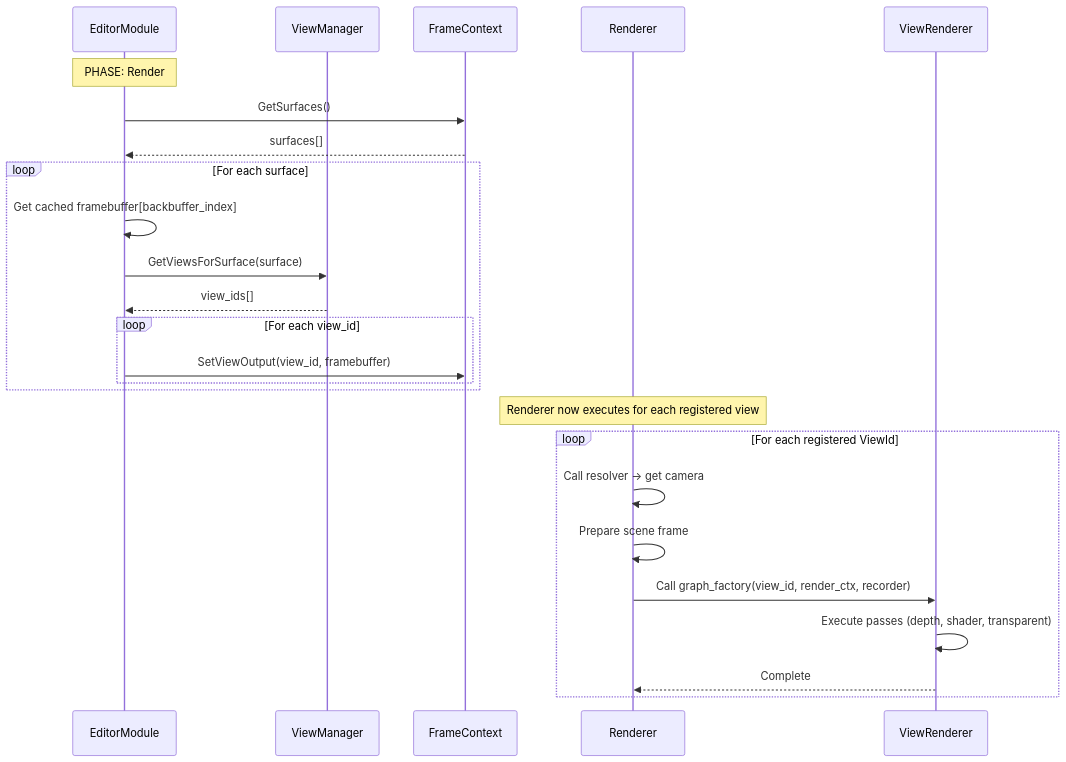
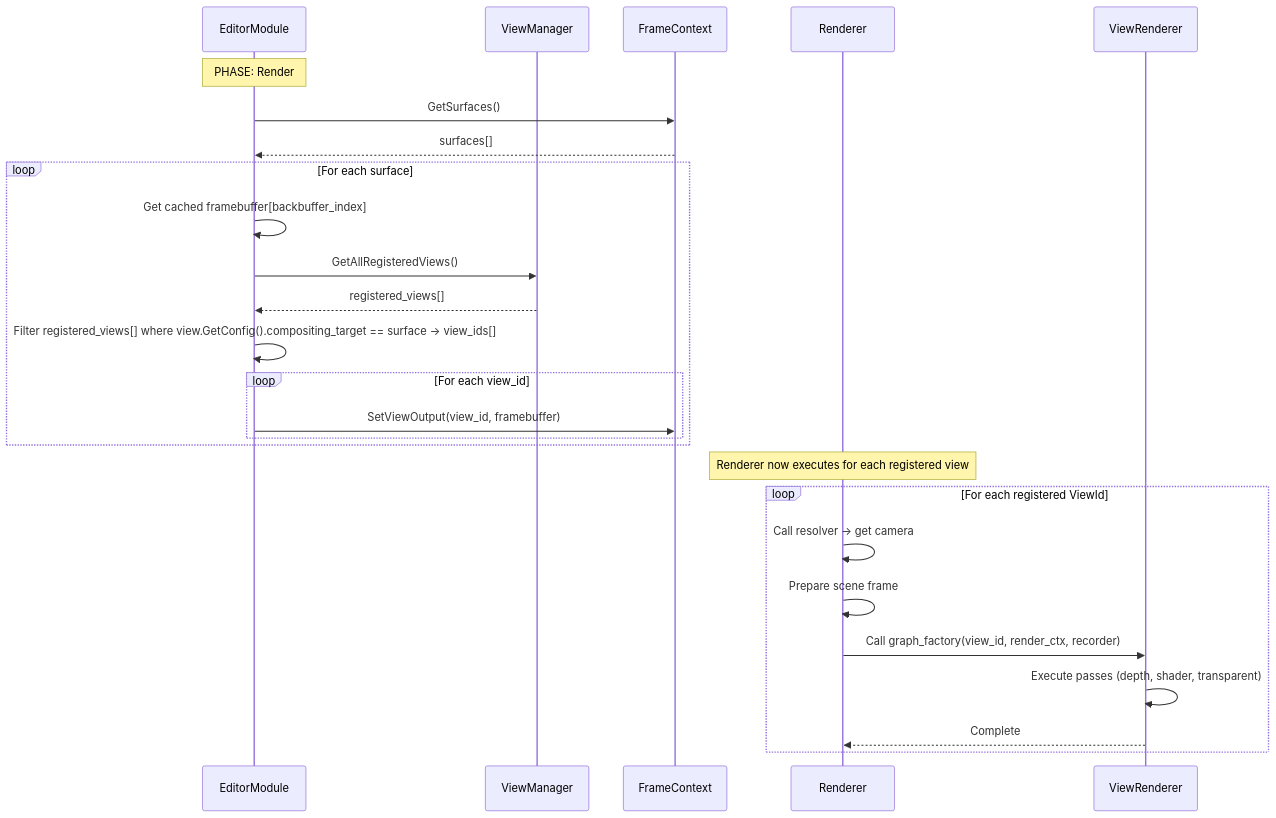
One commit to abdes/DroidNet changed the fifth of 13 diagrams in projects/Oxygen.Editor.Interop/design/editor-module-refactor-flows.md. Above: the diagram before and after it, drawn with Mermaid. The commit also changed other lines of this file and 2 other files, not shown here.

Commit message:
docs(editor-module): remove deprecated view query methods and update flow diagrams

````diff
--- a/projects/Oxygen.Editor.Interop/design/editor-module-refactor-flows.md
+++ b/projects/Oxygen.Editor.Interop/design/editor-module-refactor-flows.md
@@ -186,34 +186,38 @@
 ```mermaid
 sequenceDiagram
     participant EM as EditorModule
     participant VM as ViewManager
     participant FC as FrameContext
     participant R as Renderer
     participant VR as ViewRenderer
 
     Note over EM: PHASE: Render
 
     EM->>FC: GetSurfaces()
     FC-->>EM: surfaces[]
 
     loop For each surface
         EM->>EM: Get cached framebuffer[backbuffer_index]
 
-        EM->>VM: GetViewsForSurface(surface)
-        VM-->>EM: view_ids[]
+        EM->>VM: GetAllRegisteredViews()
+        VM-->>EM: registered_views[]
+
+        %% The EditorModule filters the registered views for this surface by
+        %% checking each EditorView's config.compositing_target (no dedicated helper API)
+        EM->>EM: Filter registered_views[] where view.GetConfig().compositing_target == surface -> view_ids[]
 
         loop For each view_id
             EM->>FC: SetViewOutput(view_id, framebuffer)
         end
     end
 
     Note over R: Renderer now executes for each registered view
 
     loop For each registered ViewId
         R->>R: Call resolver → get camera
         R->>R: Prepare scene frame
         R->>VR: Call graph_factory(view_id, render_ctx, recorder)
         VR->>VR: Execute passes (depth, shader, transparent)
         VR-->>R: Complete
     end
 ```
````
